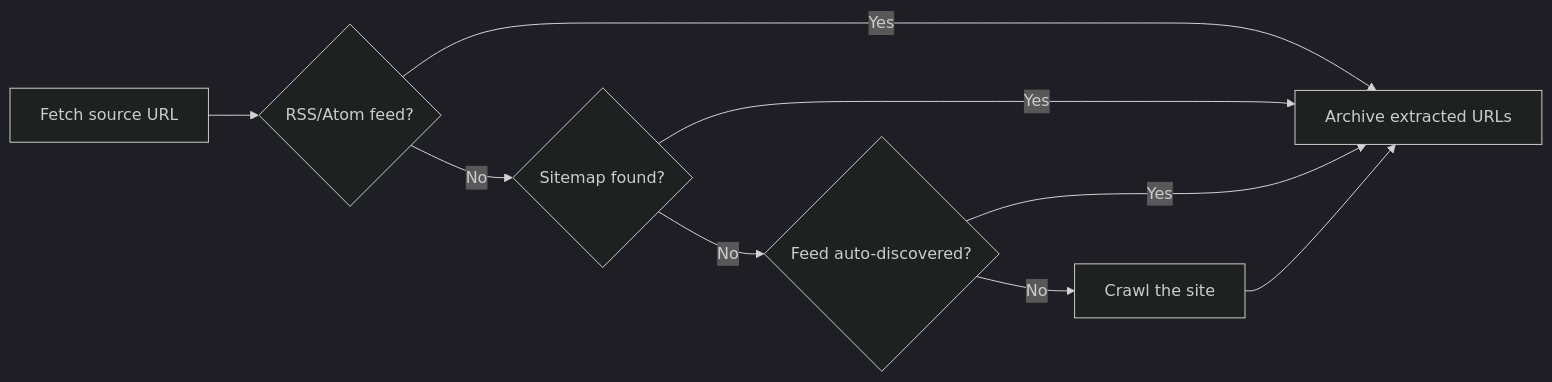
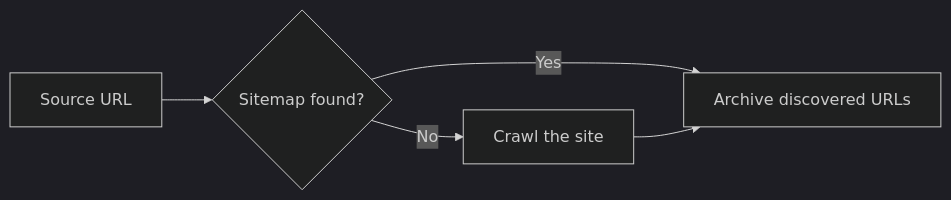
The diagram in README.md (buren/wayback_archiver), drawn with Mermaid (dark theme) before and after one commit. The commit also changed other lines of this file and 4 other files, not shown here.

First line of the commit message:
Remove feed detection from auto strategy

````diff
--- a/README.md
+++ b/README.md
@@ -248,11 +248,7 @@
 ```mermaid
 flowchart LR
-    A[Fetch source URL] --> B{RSS/Atom feed?}
-    B -- Yes --> Z[Archive extracted URLs]
-    B -- No --> C{Sitemap found?}
-    C -- Yes --> Z
-    C -- No --> D{Feed auto-discovered?}
-    D -- Yes --> Z
-    D -- No --> E[Crawl the site]
-    E --> Z
+    A[Source URL] --> B{Sitemap found?}
+    B -- Yes --> Z[Archive discovered URLs]
+    B -- No --> C[Crawl the site]
+    C --> Z
 ```
````
